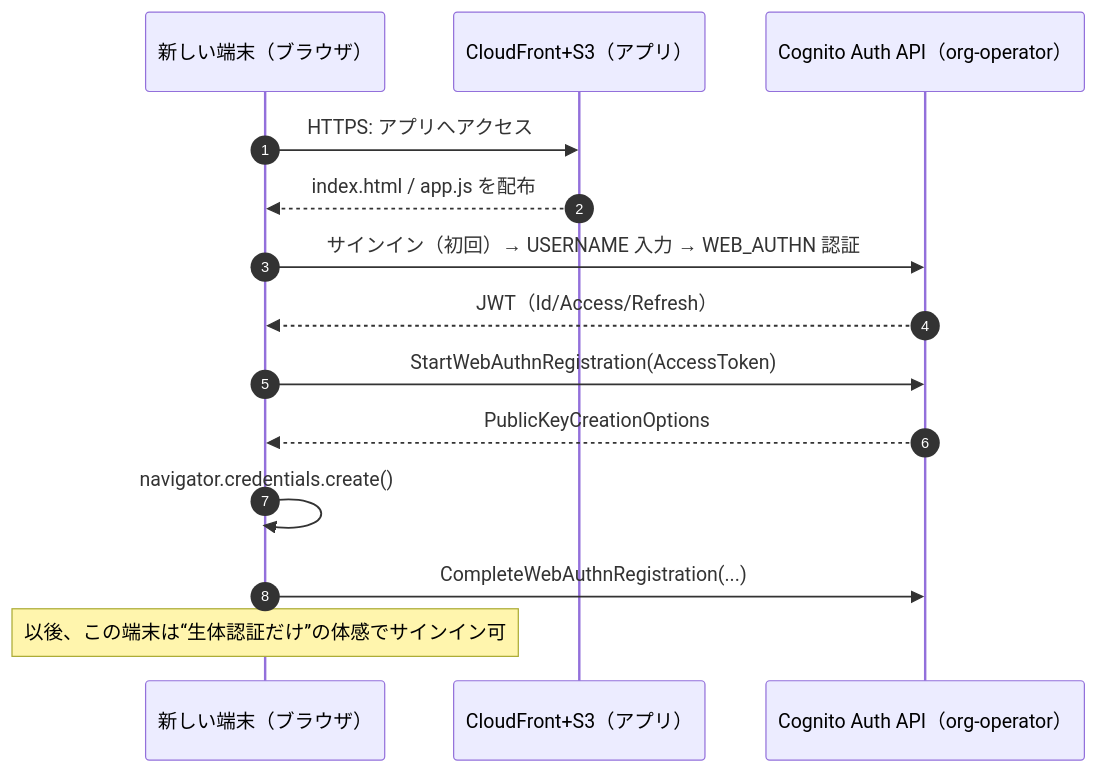
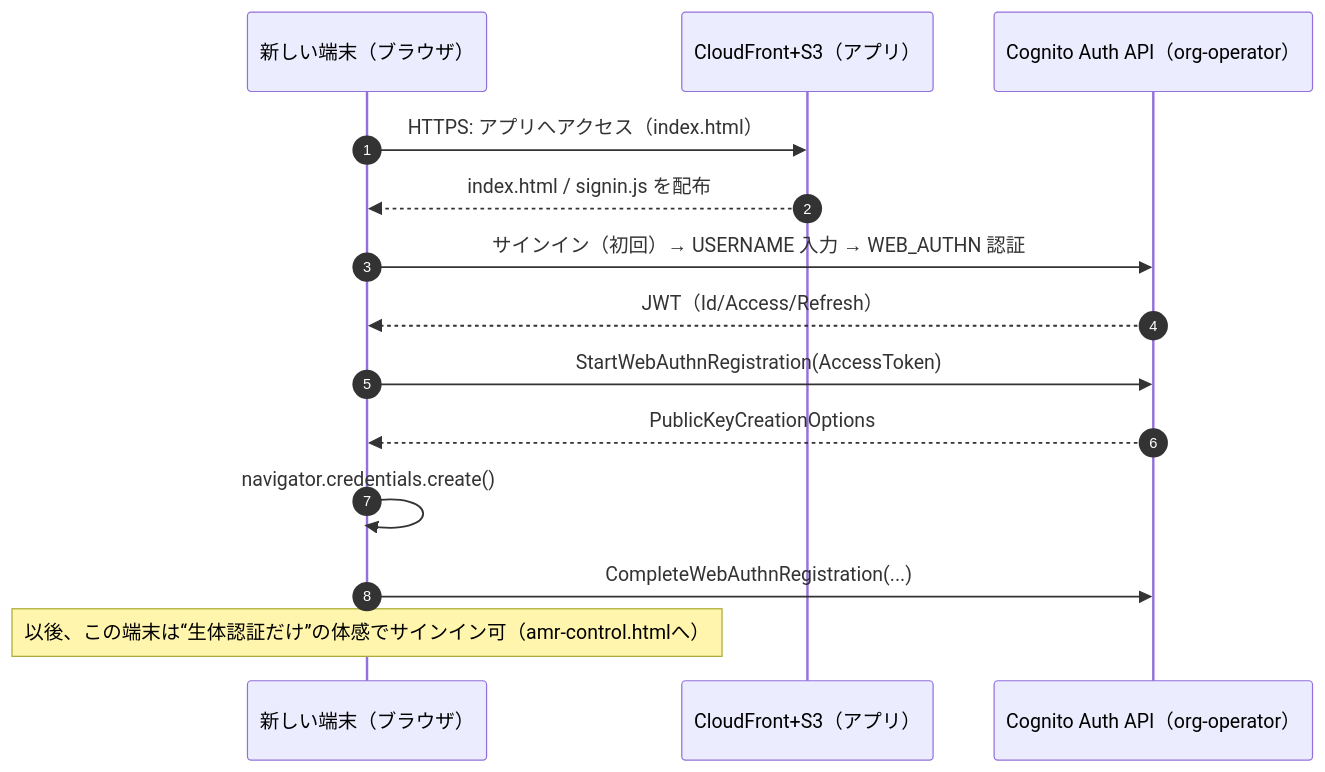
The third of 5 diagrams in README.md (satorunnlg/iot-gateway-net), drawn with Mermaid before and after one commit. The commit also changed other lines of this file, not shown here.

````diff
--- a/README.md
+++ b/README.md
@@ -153,17 +154,17 @@
 ```mermaid
 sequenceDiagram
   autonumber
   participant U as 新しい端末（ブラウザ）
   participant App as CloudFront+S3（アプリ）
   participant Cg as Cognito Auth API（org-operator）
 
-  U->>App: HTTPS: アプリへアクセス
-  App-->>U: index.html / app.js を配布
+  U->>App: HTTPS: アプリへアクセス（index.html）
+  App-->>U: index.html / signin.js を配布
   U->>Cg: サインイン（初回）→ USERNAME 入力 → WEB_AUTHN 認証
   Cg-->>U: JWT（Id/Access/Refresh）
   U->>Cg: StartWebAuthnRegistration(AccessToken)
   Cg-->>U: PublicKeyCreationOptions
   U->>U: navigator.credentials.create()
   U->>Cg: CompleteWebAuthnRegistration(...)
-  Note over U: 以後、この端末は“生体認証だけ”の体感でサインイン可
+  Note over U: 以後、この端末は“生体認証だけ”の体感でサインイン可（amr-control.htmlへ）
 ```
````
